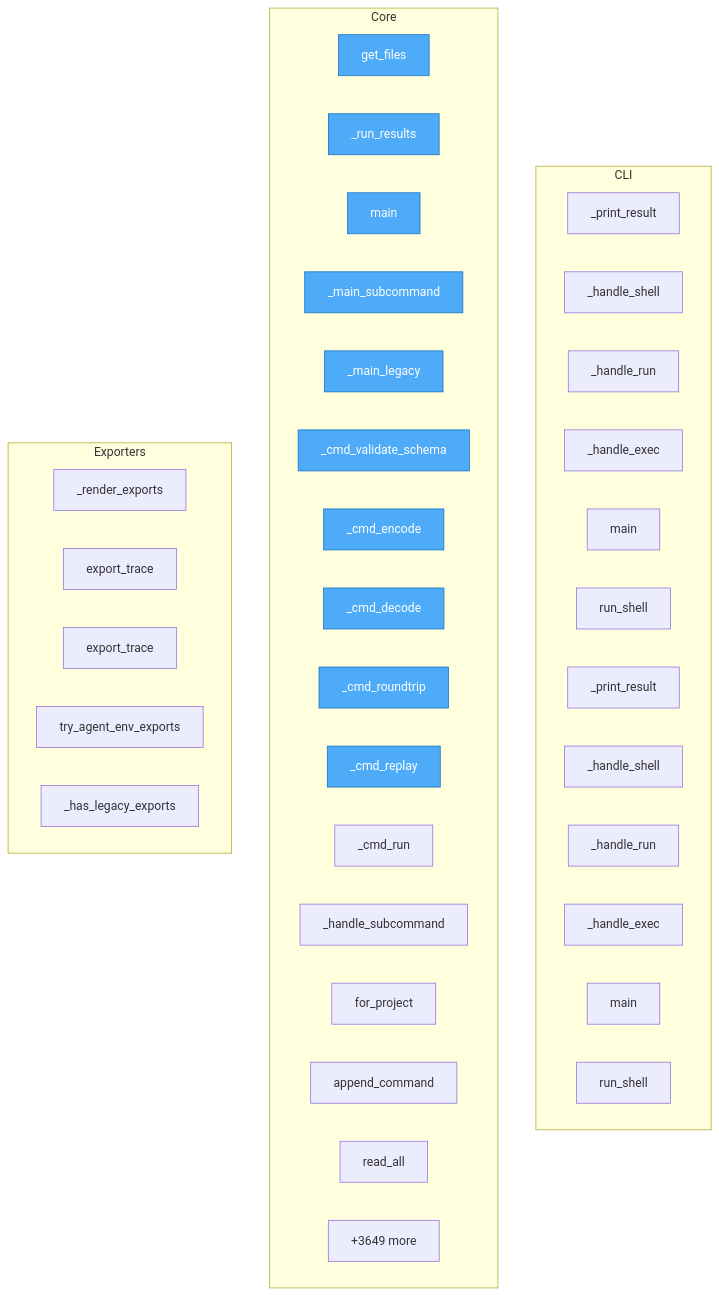
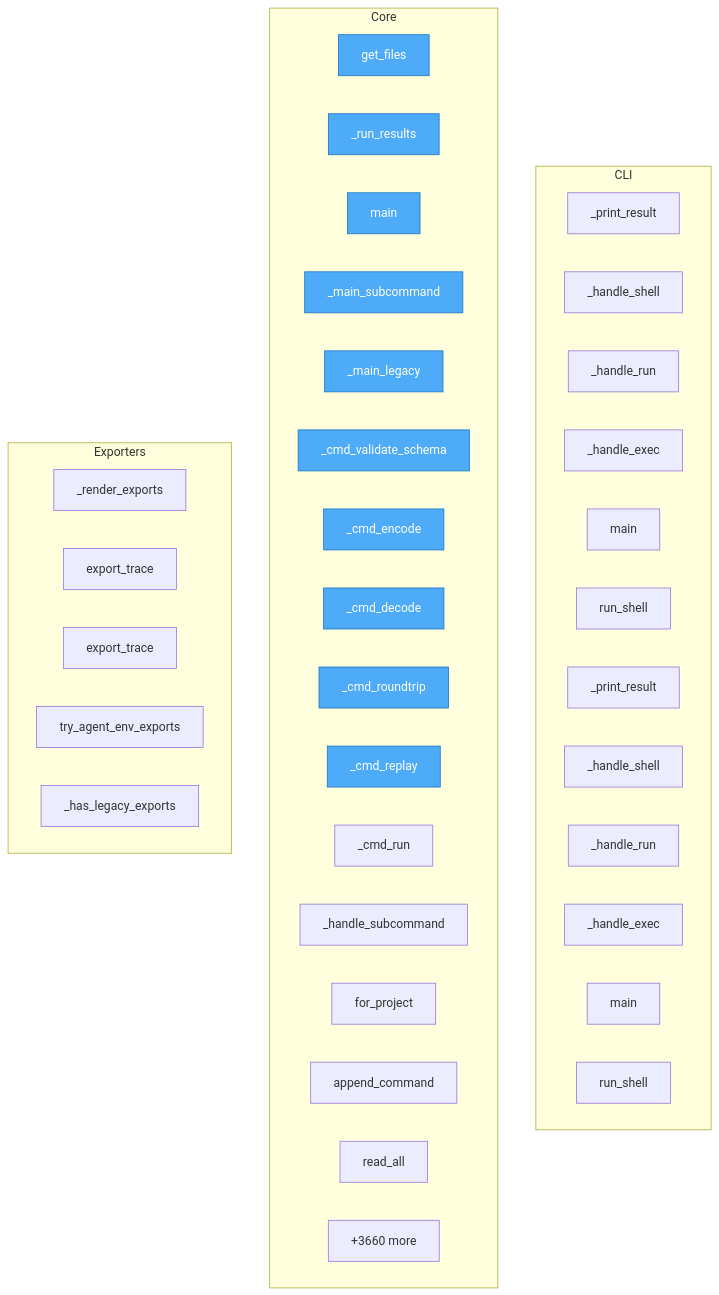
Before and after one commit to semcod/koru: the diagram in project/flow.mmd, drawn with Mermaid. The commit also changed 33 other files, not shown here.

```diff
--- a/project/flow.mmd
+++ b/project/flow.mmd
@@ -1,49 +1,49 @@
 flowchart TD
-%% generated in 1.44s
+%% generated in 1.50s
 
     %% Entry points (blue)
     classDef entry fill:#4dabf7,stroke:#1971c2,color:#fff
 
     subgraph CLI
         packages__cli2koru__src__cli2koru__cli___print_result["_print_result"]
         packages__cli2koru__src__cli2koru__cli___handle_shell["_handle_shell"]
         packages__cli2koru__src__cli2koru__cli___handle_run["_handle_run"]
         packages__cli2koru__src__cli2koru__cli___handle_exec["_handle_exec"]
         packages__cli2koru__src__cli2koru__cli__main["main"]
         packages__cli2koru__src__cli2koru__shell__run_shell["run_shell"]
         packages__cli2coru__src__cli2coru__cli___print_result["_print_result"]
         packages__cli2coru__src__cli2coru__cli___handle_shell["_handle_shell"]
         packages__cli2coru__src__cli2coru__cli___handle_run["_handle_run"]
         packages__cli2coru__src__cli2coru__cli___handle_exec["_handle_exec"]
         packages__cli2coru__src__cli2coru__cli__main["main"]
         packages__cli2coru__src__cli2coru__shell__run_shell["run_shell"]
     end
 
     subgraph Core
         check_dups__get_files["get_files"]
         packages__dsl2koru__src__dsl2koru__cli___run_results["_run_results"]
         packages__dsl2koru__src__dsl2koru__cli__main["main"]
         packages__dsl2koru__src__dsl2koru__cli___main_subcommand["_main_subcommand"]
         packages__dsl2koru__src__dsl2koru__cli___main_legacy["_main_legacy"]
         packages__dsl2koru__src__dsl2koru__cli___cmd_validate_schema["_cmd_validate_schema"]
         packages__dsl2koru__src__dsl2koru__cli___cmd_encode["_cmd_encode"]
         packages__dsl2koru__src__dsl2koru__cli___cmd_decode["_cmd_decode"]
         packages__dsl2koru__src__dsl2koru__cli___cmd_roundtrip["_cmd_roundtrip"]
         packages__dsl2koru__src__dsl2koru__cli___cmd_replay["_cmd_replay"]
         packages__dsl2koru__src__dsl2koru__cli___cmd_run["_cmd_run"]
         packages__dsl2koru__src__dsl2koru__cli___handle_subcommand["_handle_subcommand"]
         packages__dsl2koru__src__dsl2koru__events__EventStore__for_project["for_project"]
         packages__dsl2koru__src__dsl2koru__events__EventStore__append_command["append_command"]
         packages__dsl2koru__src__dsl2koru__events__EventStore__read_all["read_all"]
-        ...["+3649 more"]
+        ...["+3660 more"]
     end
 
     subgraph Exporters
         packages__koruenv__src__koruenv__cli___render_exports["_render_exports"]
         packages__nlpshim__src__nlpshim__conversation_client__ConversationTestClient__export_trace["export_trace"]
         packages__nlpshim__src__nlpshim__conversation_test_api__export_trace["export_trace"]
         src__koru__agent_cli_helpers__try_agent_env_exports["try_agent_env_exports"]
         src__koru__cli___has_legacy_exports["_has_legacy_exports"]
     end
 
     class check_dups__get_files,packages__dsl2koru__src__dsl2koru__cli___run_results,packages__dsl2koru__src__dsl2koru__cli__main,packages__dsl2koru__src__dsl2koru__cli___main_subcommand,packages__dsl2koru__src__dsl2koru__cli___main_legacy,packages__dsl2koru__src__dsl2koru__cli___cmd_validate_schema,packages__dsl2koru__src__dsl2koru__cli___cmd_encode,packages__dsl2koru__src__dsl2koru__cli___cmd_decode,packages__dsl2koru__src__dsl2koru__cli___cmd_roundtrip,packages__dsl2koru__src__dsl2koru__cli___cmd_replay entry
```
